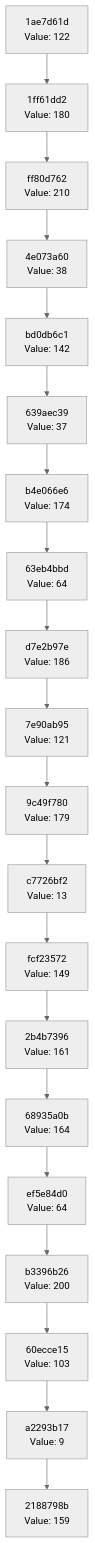
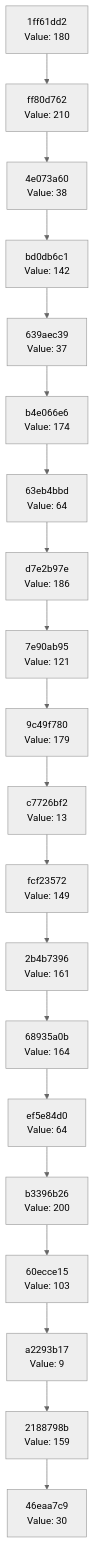
Before and after one commit to Abhisheksinha1506/hash-chain-evolver: the diagram in docs/CHAIN_VISUALIZATION.md, drawn with Mermaid (neutral theme). The commit also changed 3 other files, not shown here.

````diff
--- a/docs/CHAIN_VISUALIZATION.md
+++ b/docs/CHAIN_VISUALIZATION.md
@@ -3,42 +3,42 @@
 ```mermaid
 graph TD
-    C0["2188798b<br/>Value: 159"]
-    C1["a2293b17<br/>Value: 9"]
+    C0["46eaa7c9<br/>Value: 30"]
+    C1["2188798b<br/>Value: 159"]
     C1 --> C0
-    C2["60ecce15<br/>Value: 103"]
+    C2["a2293b17<br/>Value: 9"]
     C2 --> C1
-    C3["b3396b26<br/>Value: 200"]
+    C3["60ecce15<br/>Value: 103"]
     C3 --> C2
-    C4["ef5e84d0<br/>Value: 64"]
+    C4["b3396b26<br/>Value: 200"]
     C4 --> C3
-    C5["68935a0b<br/>Value: 164"]
+    C5["ef5e84d0<br/>Value: 64"]
     C5 --> C4
-    C6["2b4b7396<br/>Value: 161"]
+    C6["68935a0b<br/>Value: 164"]
     C6 --> C5
-    C7["fcf23572<br/>Value: 149"]
+    C7["2b4b7396<br/>Value: 161"]
     C7 --> C6
-    C8["c7726bf2<br/>Value: 13"]
+    C8["fcf23572<br/>Value: 149"]
     C8 --> C7
-    C9["9c49f780<br/>Value: 179"]
+    C9["c7726bf2<br/>Value: 13"]
     C9 --> C8
-    C10["7e90ab95<br/>Value: 121"]
+    C10["9c49f780<br/>Value: 179"]
     C10 --> C9
-    C11["d7e2b97e<br/>Value: 186"]
+    C11["7e90ab95<br/>Value: 121"]
     C11 --> C10
-    C12["63eb4bbd<br/>Value: 64"]
+    C12["d7e2b97e<br/>Value: 186"]
     C12 --> C11
-    C13["b4e066e6<br/>Value: 174"]
+    C13["63eb4bbd<br/>Value: 64"]
     C13 --> C12
-    C14["639aec39<br/>Value: 37"]
+    C14["b4e066e6<br/>Value: 174"]
     C14 --> C13
-    C15["bd0db6c1<br/>Value: 142"]
+    C15["639aec39<br/>Value: 37"]
     C15 --> C14
-    C16["4e073a60<br/>Value: 38"]
+    C16["bd0db6c1<br/>Value: 142"]
     C16 --> C15
-    C17["ff80d762<br/>Value: 210"]
+    C17["4e073a60<br/>Value: 38"]
     C17 --> C16
-    C18["1ff61dd2<br/>Value: 180"]
+    C18["ff80d762<br/>Value: 210"]
     C18 --> C17
-    C19["1ae7d61d<br/>Value: 122"]
+    C19["1ff61dd2<br/>Value: 180"]
     C19 --> C18
 ```
````
